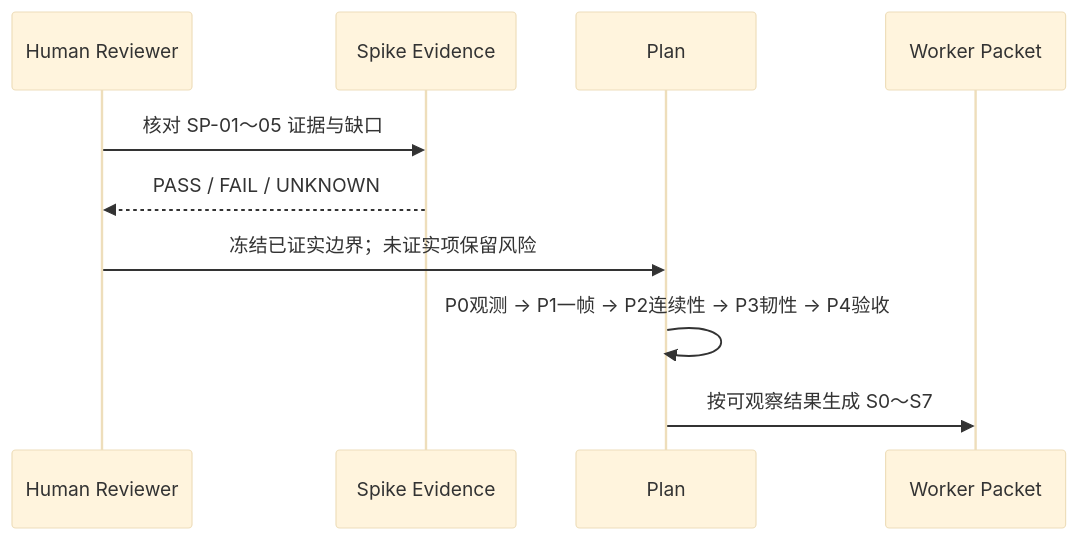
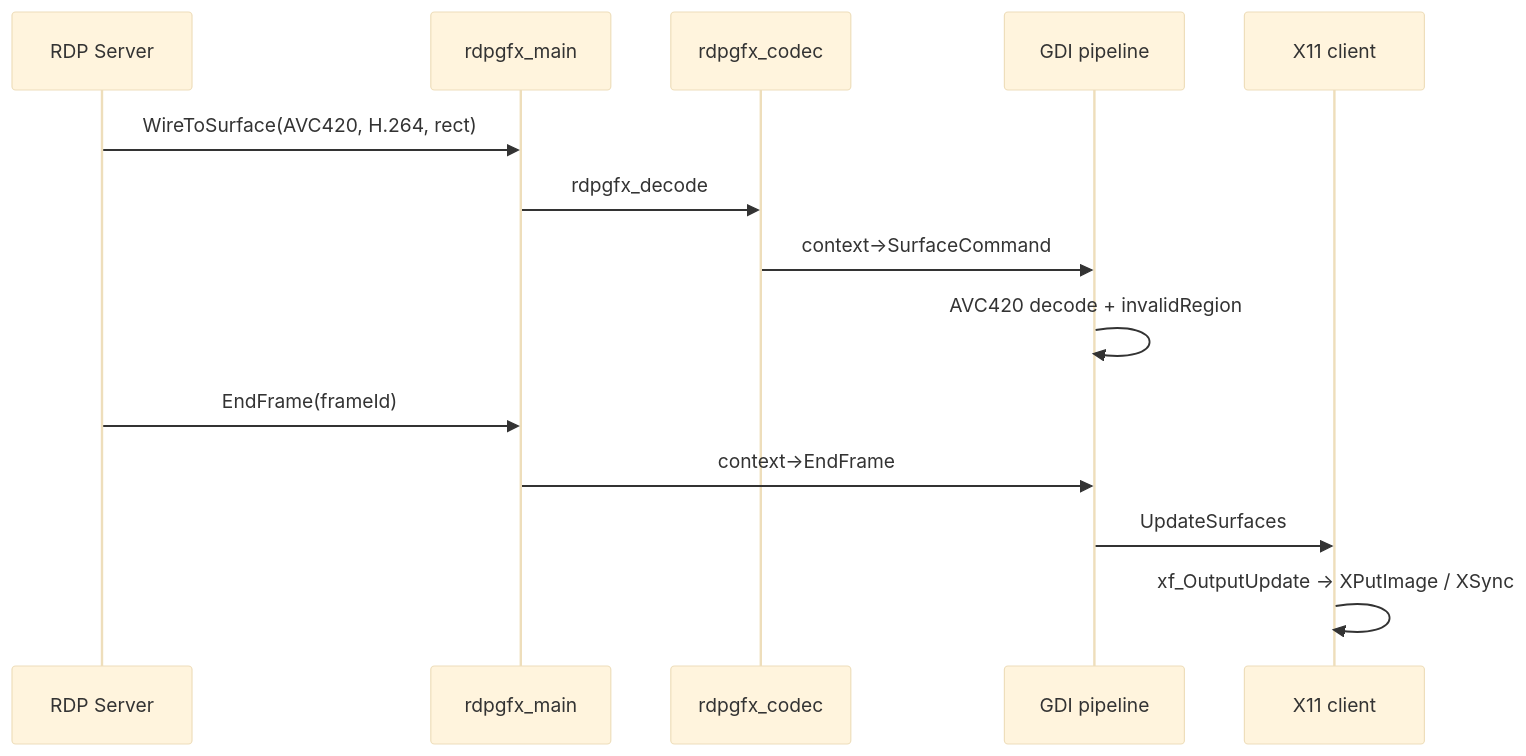
Before and after one commit to xiaomu120413/harmonyos-sdd-ralph-workshop: the fourth of 8 diagrams in case-materials/gpu/14-GPU案例第28-38页详细讲稿与文档证据.md, drawn with Mermaid (base theme). The commit also changed other lines of this file and 5 other files, not shown here.

````diff
--- a/case-materials/gpu/14-GPU案例第28-38页详细讲稿与文档证据.md
+++ b/case-materials/gpu/14-GPU案例第28-38页详细讲稿与文档证据.md
@@ -209,12 +66,16 @@
 ```mermaid
 sequenceDiagram
-    participant H as Human Reviewer
-    participant S as Spike Evidence
-    participant P as Plan
-    participant W as Worker Packet
-    H->>S: 核对 SP-01～05 证据与缺口
-    S-->>H: PASS / FAIL / UNKNOWN
-    H->>P: 冻结已证实边界；未证实项保留风险
-    P->>P: P0观测 → P1一帧 → P2连续性 → P3韧性 → P4验收
-    P->>W: 按可观察结果生成 S0～S7
+    participant S as RDP Server
+    participant P as rdpgfx_main
+    participant C as rdpgfx_codec
+    participant G as GDI pipeline
+    participant X as X11 client
+    S->>P: WireToSurface(AVC420, H.264, rect)
+    P->>C: rdpgfx_decode
+    C->>G: context->SurfaceCommand
+    G->>G: AVC420 decode + invalidRegion
+    S->>P: EndFrame(frameId)
+    P->>G: context->EndFrame
+    G->>X: UpdateSurfaces
+    X->>X: xf_OutputUpdate → XPutImage / XSync
 ```
````
